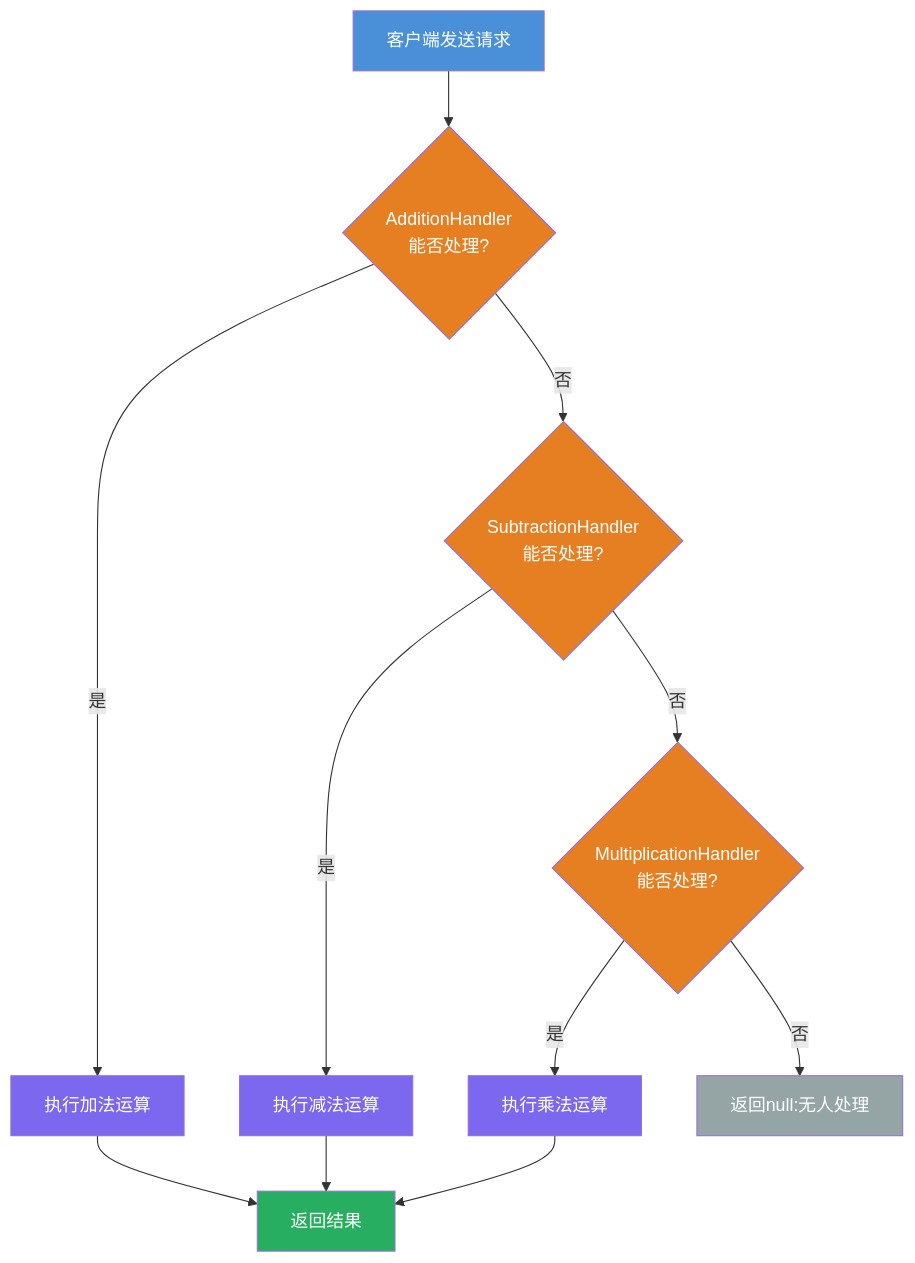
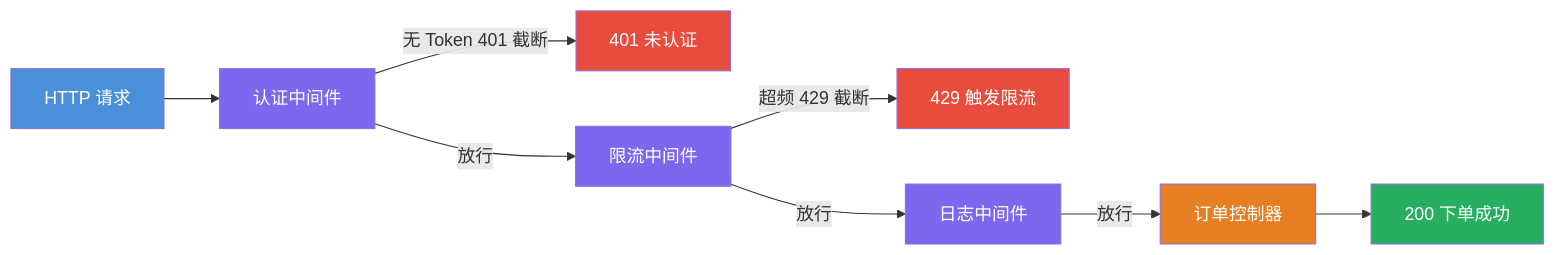
One commit to hollson/design_patterns changed the third of 3 diagrams in ChainOfResponsibilityPattern/README.md. Above: the diagram before and after it, drawn with Mermaid. The commit also changed other lines of this file and 18 other files, not shown here.

````diff
--- a/ChainOfResponsibilityPattern/README.md
+++ b/ChainOfResponsibilityPattern/README.md
@@ -29,23 +125,19 @@
 ```mermaid
-flowchart TD
-    A["客户端发送请求"] --> B{"AdditionHandler\n能否处理?"}
-    B -- 是 --> C["执行加法运算"]
-    B -- 否 --> D{"SubtractionHandler\n能否处理?"}
-    D -- 是 --> E["执行减法运算"]
-    D -- 否 --> F{"MultiplicationHandler\n能否处理?"}
-    F -- 是 --> G["执行乘法运算"]
-    F -- 否 --> H["返回null:无人处理"]
-    C --> I["返回结果"]
-    E --> I
-    G --> I
+flowchart LR
+    R["HTTP 请求"] --> A["认证中间件"]
+    A -->|"无 Token 401 截断"| X1["401 未认证"]
+    A -->|"放行"| L["限流中间件"]
+    L -->|"超频 429 截断"| X2["429 触发限流"]
+    L -->|"放行"| G["日志中间件"]
+    G -->|"放行"| O["订单控制器"]
+    O --> OK["200 下单成功"]
 
-    style A fill:#4A90D9,color:#fff
-    style B fill:#E67E22,color:#fff
-    style D fill:#E67E22,color:#fff
-    style F fill:#E67E22,color:#fff
-    style C fill:#7B68EE,color:#fff
-    style E fill:#7B68EE,color:#fff
+    style R fill:#4A90D9,color:#fff
+    style A fill:#7B68EE,color:#fff
+    style L fill:#7B68EE,color:#fff
     style G fill:#7B68EE,color:#fff
-    style H fill:#95A5A6,color:#fff
-    style I fill:#27AE60,color:#fff
+    style O fill:#E67E22,color:#fff
+    style X1 fill:#E74C3C,color:#fff
+    style X2 fill:#E74C3C,color:#fff
+    style OK fill:#27AE60,color:#fff
 ```
````
